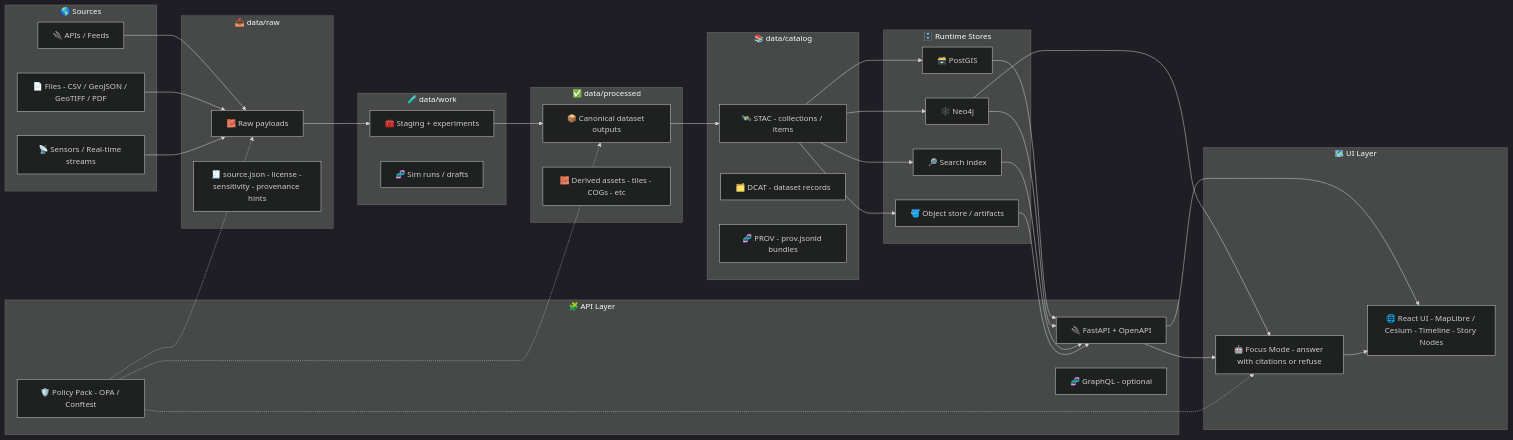
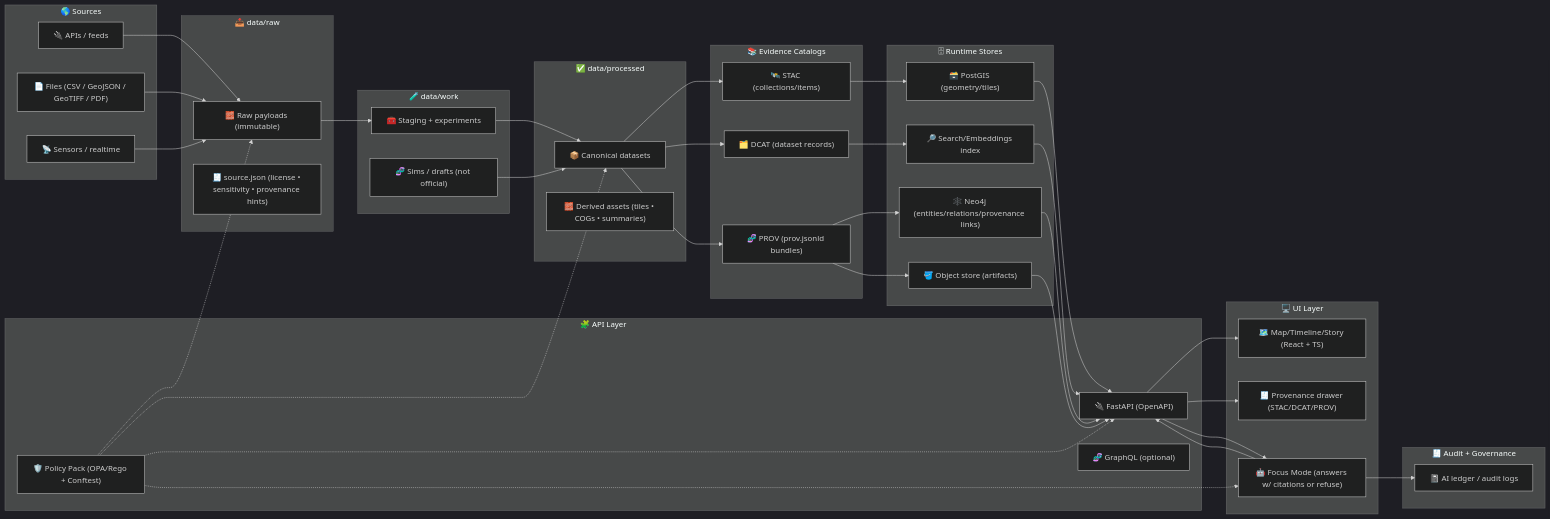
One commit to bartytime4life/Kansas-Frontier-Matrix changed the first of 13 diagrams in docs/architecture/diagrams/README.md. Above: the diagram before and after it, drawn with Mermaid (dark theme). The commit also changed other lines of this file, not shown here.

````diff
--- a/docs/architecture/diagrams/README.md
+++ b/docs/architecture/diagrams/README.md
@@ -69,74 +150,106 @@
 ```mermaid
 flowchart LR
+  %% -------------------------
+  %% 🌎 Sources
+  %% -------------------------
   subgraph S["🌎 Sources"]
-    S1["🔌 APIs / Feeds"];
-    S2["📄 Files - CSV / GeoJSON / GeoTIFF / PDF"];
-    S3["📡 Sensors / Real-time streams"];
+    S1["🔌 APIs / feeds"]
+    S2["📄 Files (CSV / GeoJSON / GeoTIFF / PDF)"]
+    S3["📡 Sensors / realtime"]
   end
 
+  %% -------------------------
+  %% 📥 Raw / Work / Processed
+  %% -------------------------
   subgraph R["📥 data/raw"]
-    R1["🧱 Raw payloads"];
-    R2["🧾 source.json - license - sensitivity - provenance hints"];
+    R1["🧱 Raw payloads (immutable)"]
+    R2["🧾 source.json (license • sensitivity • provenance hints)"]
   end
 
   subgraph W["🧪 data/work"]
-    W1["🧰 Staging + experiments"];
-    W2["🧬 Sim runs / drafts"];
+    W1["🧰 Staging + experiments"]
+    W2["🧬 Sims / drafts (not official)"]
   end
 
   subgraph P["✅ data/processed"]
-    P1["📦 Canonical dataset outputs"];
-    P2["🧱 Derived assets - tiles - COGs - etc"];
+    P1["📦 Canonical datasets"]
+    P2["🧱 Derived assets (tiles • COGs • summaries)"]
   end
 
-  subgraph C["📚 data/catalog"]
-    C1["🛰️ STAC - collections / items"];
-    C2["🗂️ DCAT - dataset records"];
-    C3["🧬 PROV - prov.jsonld bundles"];
+  %% -------------------------
+  %% 📚 Evidence Catalogs
+  %% -------------------------
+  subgraph C["📚 Evidence Catalogs"]
+    C1["🛰️ STAC (collections/items)"]
+    C2["🗂️ DCAT (dataset records)"]
+    C3["🧬 PROV (prov.jsonld bundles)"]
   end
 
-  subgraph D["🗄️ Runtime Stores"]
-    D1["🗃️ PostGIS"];
-    D2["🕸️ Neo4j"];
-    D3["🔎 Search index"];
-    D4["🪣 Object store / artifacts"];
+  %% -------------------------
+  %% 🗄 Runtime stores
+  %% -------------------------
+  subgraph D["🗄 Runtime Stores"]
+    D1["🗃️ PostGIS (geometry/tiles)"]
+    D2["🕸️ Neo4j (entities/relations/provenance links)"]
+    D3["🔎 Search/Embeddings index"]
+    D4["🪣 Object store (artifacts)"]
   end
 
-  subgraph APIX["🧩 API Layer"]
-    A1["🔌 FastAPI + OpenAPI"];
-    A2["🧬 GraphQL - optional"];
-    A3["🛡️ Policy Pack - OPA / Conftest"];
+  %% -------------------------
+  %% 🧩 API + 🖥 UI
+  %% -------------------------
+  subgraph A["🧩 API Layer"]
+    A1["🔌 FastAPI (OpenAPI)"]
+    A2["🧬 GraphQL (optional)"]
+    A3["🛡️ Policy Pack (OPA/Rego + Conftest)"]
   end
 
-  subgraph U["🗺️ UI Layer"]
-    U1["🌐 React UI - MapLibre / Cesium - Timeline - Story Nodes"];
-    U2["🤖 Focus Mode - answer with citations or refuse"];
+  subgraph U["🖥️ UI Layer"]
+    U1["🗺️ Map/Timeline/Story (React + TS)"]
+    U2["🤖 Focus Mode (answers w/ citations or refuse)"]
+    U3["🧾 Provenance drawer (STAC/DCAT/PROV)"]
   end
 
-  S1 --> R1;
-  S2 --> R1;
-  S3 --> R1;
+  subgraph G["🧾 Audit + Governance"]
+    G1["📓 AI ledger / audit logs"]
+  end
 
-  R1 --> W1;
-  W1 --> P1;
-  P1 --> C1;
+  %% -------------------------
+  %% Flows
+  %% -------------------------
+  S1 --> R1
+  S2 --> R1
+  S3 --> R1
 
-  C1 --> D1;
-  C1 --> D2;
-  C1 --> D3;
-  C1 --> D4;
+  R1 --> W1
+  W1 --> P1
+  W2 --> P1
 
-  D1 --> A1;
-  D2 --> A1;
-  D3 --> A1;
-  D4 --> A1;
+  P1 --> C1
+  P1 --> C2
+  P1 --> C3
 
-  A1 --> U1;
-  D2 --> U2;
-  A1 --> U2;
-  U2 --> U1;
+  C1 --> D1
+  C2 --> D3
+  C3 --> D2
+  C3 --> D4
 
-  A3 -.-> R1;
-  A3 -.-> P1;
-  A3 -.-> U2;
+  D1 --> A1
+  D2 --> A1
+  D3 --> A1
+  D4 --> A1
+
+  A1 --> U1
+  A1 --> U3
+
+  %% Focus Mode uses API + stores, but must pass policy & log
+  U2 --> A1
+  A1 --> U2
+  U2 --> G1
+
+  %% Governance hooks (fail-closed)
+  A3 -.-> R1
+  A3 -.-> P1
+  A3 -.-> A1
+  A3 -.-> U2
 ```
````
